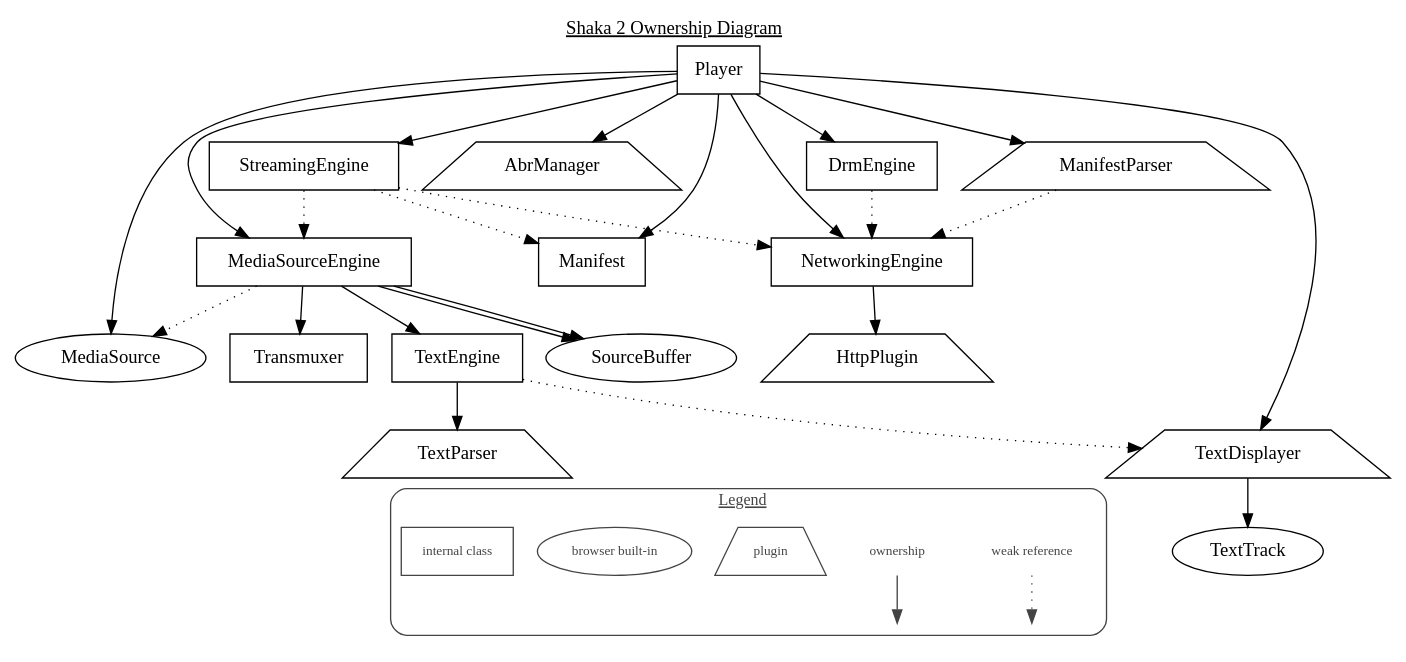
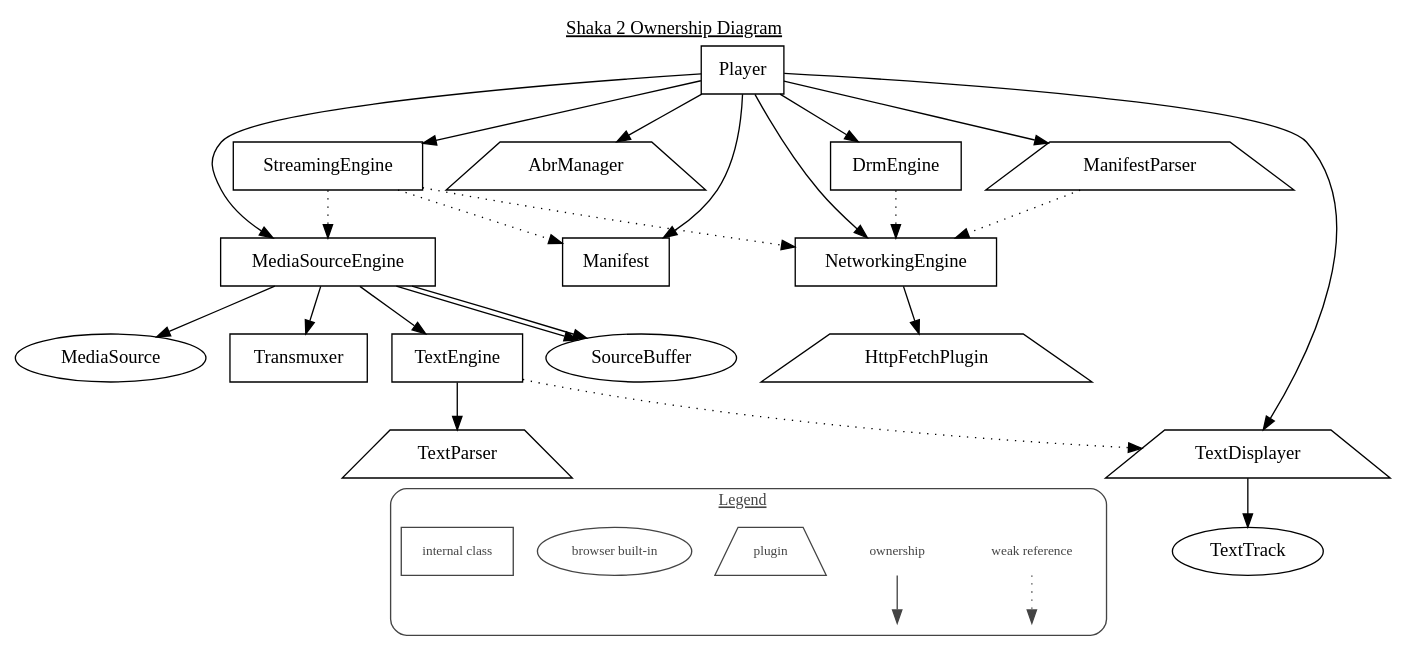
The diagram in docs/design/ownership.gv (shaka-project/shaka-player), drawn with Graphviz before and after one commit. The commit also changed 10 other files, not shown here.

First line of the commit message:
Update architecture diagrams

```diff
--- a/docs/design/ownership.gv
+++ b/docs/design/ownership.gv
@@ -1,73 +1,76 @@
 # Generate png with: dot -Tpng -O ownership.gv
 
 digraph shaka2_ownership {
   label=<<u>Shaka 2 Ownership Diagram</u>>
   labelloc=t
   node [ shape=rectangle ]
 
   MediaSource [ shape=oval ]
   SourceBuffer [ shape=oval ]
   TextTrack [ shape=oval ]
 
   AbrManager [ shape=trapezium ]
-  HttpPlugin [ shape=trapezium ]
+  HttpFetchPlugin [ shape=trapezium ]
   ManifestParser [ shape=trapezium ]
   TextDisplayer [ shape=trapezium ]
   TextParser [ shape=trapezium ]
 
   Player -> AbrManager
   Player -> NetworkingEngine
   Player -> ManifestParser
   Player -> MediaSourceEngine
   Player -> StreamingEngine
   Player -> DrmEngine
   Player -> Manifest
-  Player -> MediaSource
   Player -> TextDisplayer
 
   TextDisplayer -> TextTrack
 
-  NetworkingEngine -> HttpPlugin
+  NetworkingEngine -> HttpFetchPlugin
 
   ManifestParser -> NetworkingEngine [ style=dotted ]
 
   DrmEngine -> NetworkingEngine [ style=dotted ]
 
   StreamingEngine -> MediaSourceEngine [ style=dotted ]
   StreamingEngine -> Manifest [ style=dotted ]
   StreamingEngine -> NetworkingEngine [ style=dotted ]
 
-  MediaSourceEngine -> MediaSource [ style=dotted ]
+  MediaSourceEngine -> MediaSource
   # MediaSourceEngine owns multiple SourceBuffers, so we represent that here
   # with two edges:
   MediaSourceEngine -> SourceBuffer
   MediaSourceEngine -> SourceBuffer
   MediaSourceEngine -> Transmuxer
   MediaSourceEngine -> TextEngine
 
   TextEngine -> TextDisplayer [ style=dotted ]
   TextEngine -> TextParser
+
+  # Player does not own MediaSource since v2.4, but without this link, the graph
+  # becomes unbalanced and harder to read.  This is a hack.
+  Player -> MediaSource [ style=invisible arrowhead=none ]
 
   subgraph cluster_legend {
     style=rounded
     color="#444444"
     label=<<u>Legend</u>>
     fontsize=12
     fontcolor="#444444"
 
     node [ shape=plaintext color="#444444" fontsize=10 fontcolor="#444444" ]
     edge [ color="#444444" ]
 
     blank1 [ label="" fixedsize=true height=0 ]
     blank2 [ label="" fixedsize=true height=0 ]
     "weak reference" -> blank2 [ style=dotted ]
     ownership -> blank1
 
     plugin [ shape=trapezium ]
     "browser built-in" [ shape=oval ]
     "internal class" [ shape=rectangle ]
   }
 
   # Hack to move the legend beneath the main graph:
   TextParser -> "internal class" [ style=invisible arrowhead=none ]
 }
```
